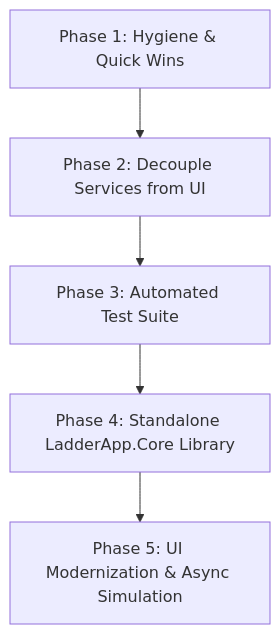
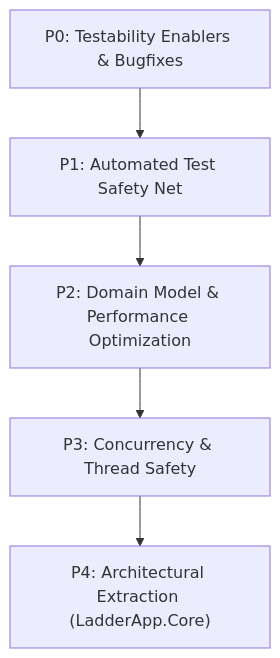
Before and after one commit to taleswsouza/LadderApp: the diagram in REFACTORING.md, drawn with Mermaid. The commit also changed other lines of this file, not shown here.

````diff
--- a/REFACTORING.md
+++ b/REFACTORING.md
@@ -181,7 +188,7 @@
 ```mermaid
 graph TD
-    P1["Phase 1: Hygiene & Quick Wins"] --> P2["Phase 2: Decouple Services from UI"]
-    P2 --> P3["Phase 3: Automated Test Suite"]
-    P3 --> P4["Phase 4: Standalone LadderApp.Core Library"]
-    P4 --> P5["Phase 5: UI Modernization & Async Simulation"]
+    P0["P0: Testability Enablers & Bugfixes"] --> P1["P1: Automated Test Safety Net"]
+    P1 --> P2["P2: Domain Model & Performance Optimization"]
+    P2 --> P3["P3: Concurrency & Thread Safety"]
+    P3 --> P4["P4: Architectural Extraction (LadderApp.Core)"]
 ```
````
